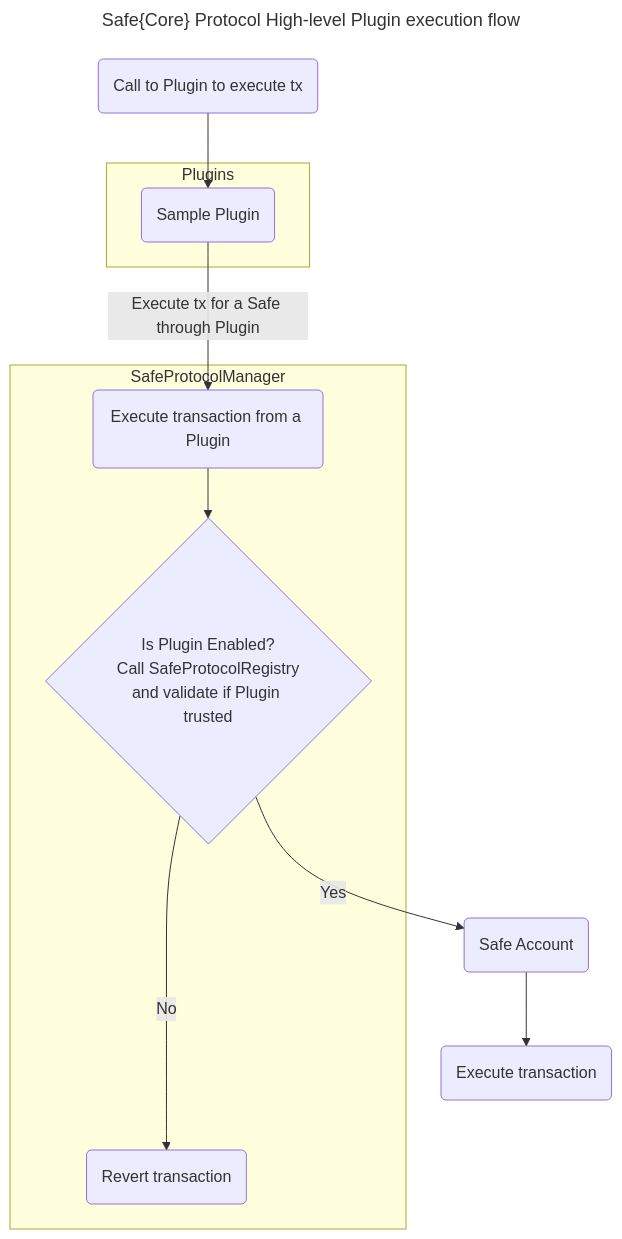
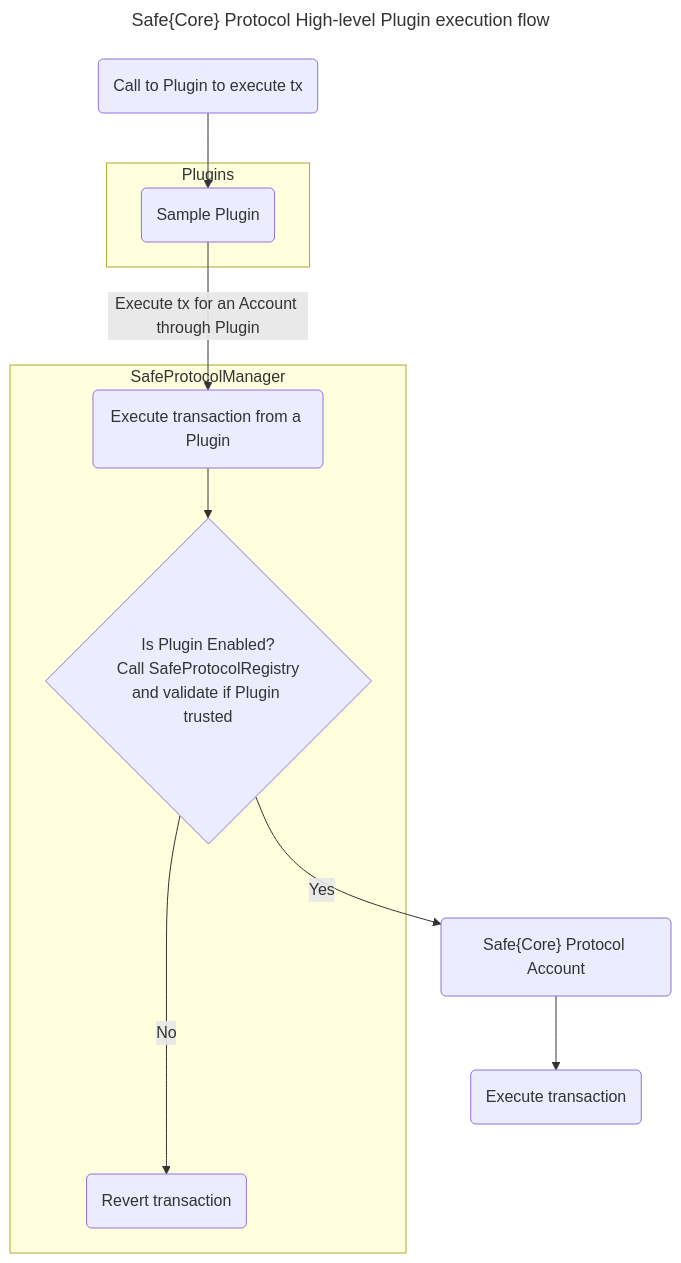
Before and after one commit to 5afe/safe-core-protocol: the second of 5 diagrams in docs/execution_flows.md, drawn with Mermaid. The commit also changed other lines of this file and 14 other files, not shown here.

First line of the commit message:
Feat: remove references to a Safe{Core} Protocol account as Safe (#100)

````diff
--- a/docs/execution_flows.md
+++ b/docs/execution_flows.md
@@ -32,17 +32,17 @@
 ```mermaid
 ---
 title: Safe{Core} Protocol High-level Plugin execution flow
 ---
 flowchart TD;
    TxExecuteFromPlugin(Call to Plugin to execute tx ) --> ExamplePlugin1
-   Safe --> Execute_Transaction_From_Plugin(Execute transaction)
-   Validate_ExecuteFromPluginFlow -- Yes --> Safe(Safe Account)
+   Account --> Execute_Transaction_From_Plugin(Execute transaction)
+   Validate_ExecuteFromPluginFlow -- Yes --> Account("Safe{Core} Protocol Account")
 subgraph Plugins
    ExamplePlugin1(Sample Plugin)
 end
 
 subgraph SafeProtocolManager
-    ExamplePlugin1 -->|Execute tx for a Safe through Plugin| Execute_Transaction(Execute transaction from a Plugin) --> Validate_ExecuteFromPluginFlow{Is Plugin Enabled?<br>Call SafeProtocolRegistry<br>and validate if Plugin trusted}
+    ExamplePlugin1 -->|Execute tx for an Account through Plugin| Execute_Transaction(Execute transaction from a Plugin) --> Validate_ExecuteFromPluginFlow{Is Plugin Enabled?<br>Call SafeProtocolRegistry<br>and validate if Plugin trusted}
     Validate_ExecuteFromPluginFlow -- No ----> E(Revert transaction) 
 end
 ```
````
